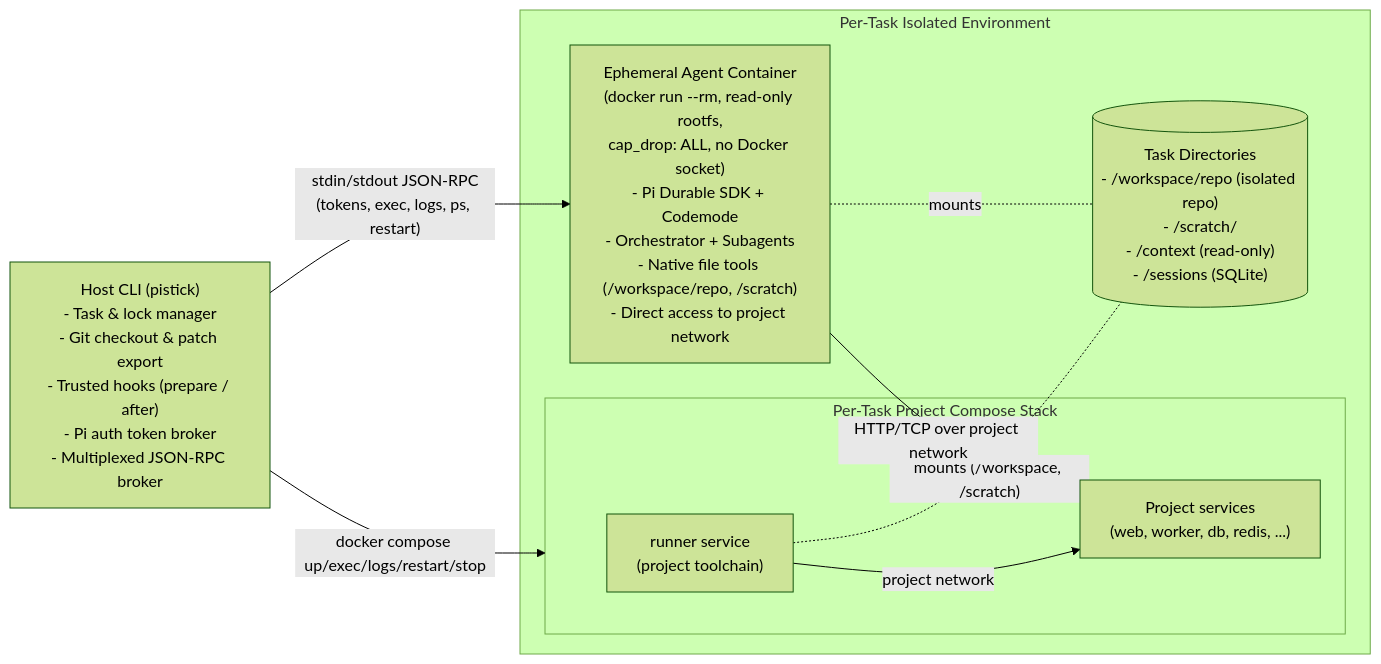
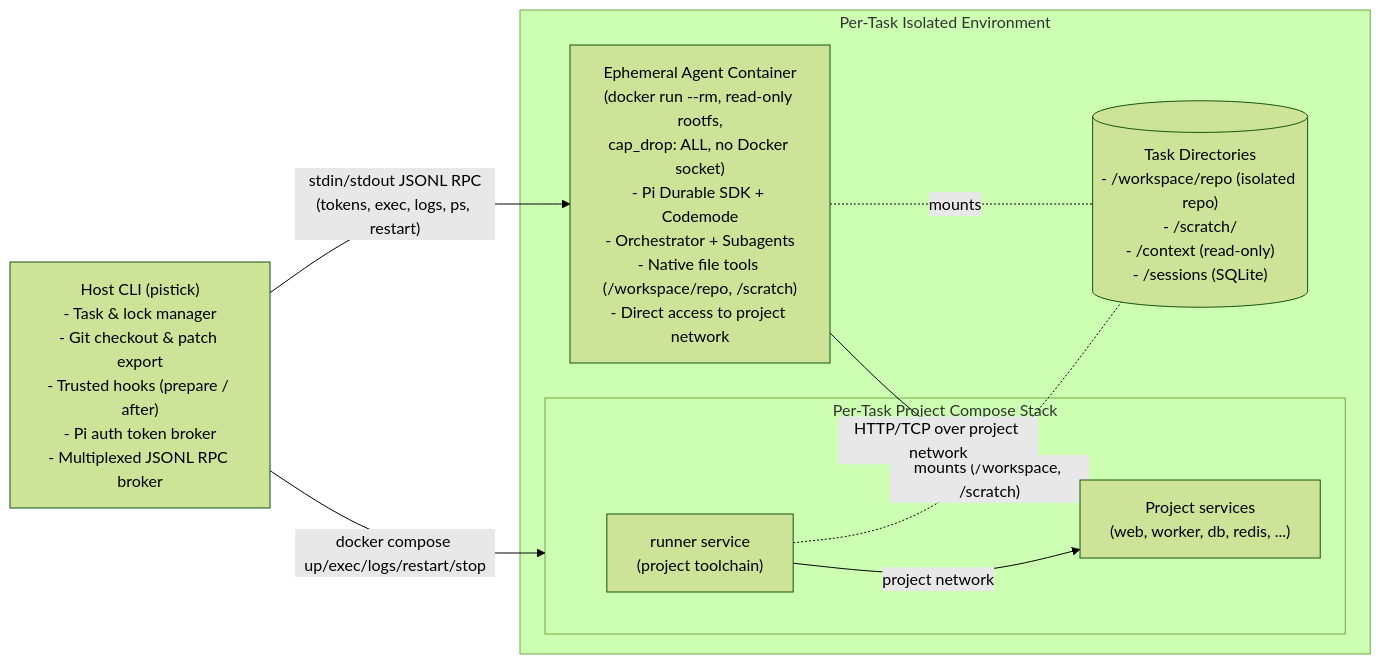
The diagram in docs/plan.md (Riddlerrr/pi-stick), drawn with Mermaid (forest theme) before and after one commit. The commit also changed other lines of this file and 5 other files, not shown here.

````diff
--- a/docs/plan.md
+++ b/docs/plan.md
@@ -16,22 +16,22 @@
 ```mermaid
 flowchart LR
-    Host["Host CLI (pistick)\n- Task & lock manager\n- Git checkout & patch export\n- Trusted hooks (prepare / after)\n- Pi auth token broker\n- Multiplexed JSON-RPC broker"]
+    Host["Host CLI (pistick)\n- Task & lock manager\n- Git checkout & patch export\n- Trusted hooks (prepare / after)\n- Pi auth token broker\n- Multiplexed JSONL RPC broker"]
 
     subgraph TaskEnv["Per-Task Isolated Environment"]
         Agent["Ephemeral Agent Container\n(docker run --rm, read-only rootfs,\ncap_drop: ALL, no Docker socket)\n- Pi Durable SDK + Codemode\n- Orchestrator + Subagents\n- Native file tools (/workspace/repo, /scratch)\n- Direct access to project network"]
 
         subgraph ProjectStack["Per-Task Project Compose Stack"]
             Runner["runner service\n(project toolchain)"]
             Services["Project services\n(web, worker, db, redis, ...)"]
         end
 
         SharedFS[("Task Directories\n- /workspace/repo (isolated repo)\n- /scratch/<agent-id>\n- /context (read-only)\n- /sessions (SQLite)")]
     end
 
-    Host -- "stdin/stdout JSON-RPC\n(tokens, exec, logs, ps, restart)" --> Agent
+    Host -- "stdin/stdout JSONL RPC\n(tokens, exec, logs, ps, restart)" --> Agent
     Host -- "docker compose up/exec/logs/restart/stop" --> ProjectStack
     Agent -. "mounts" .- SharedFS
     Runner -. "mounts (/workspace, /scratch)" .- SharedFS
     Agent -- "HTTP/TCP over project network" --> Services
     Runner -- "project network" --> Services
 ```
````
